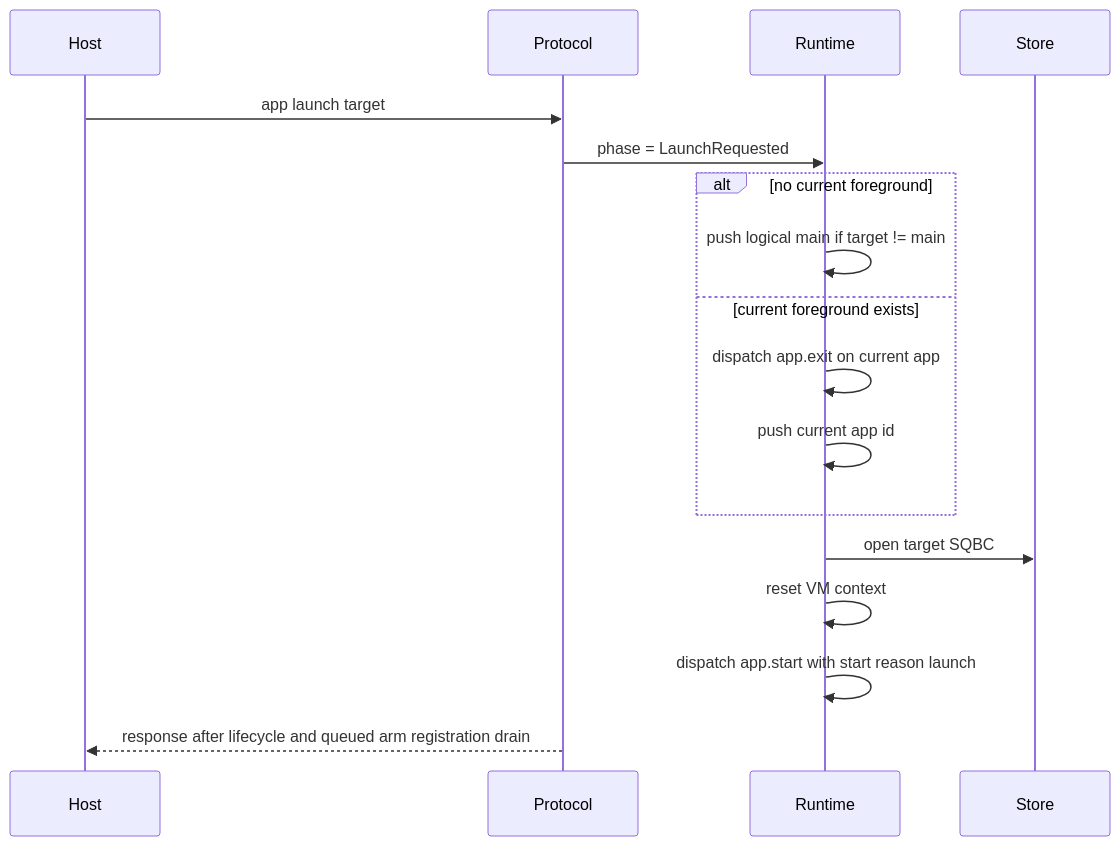
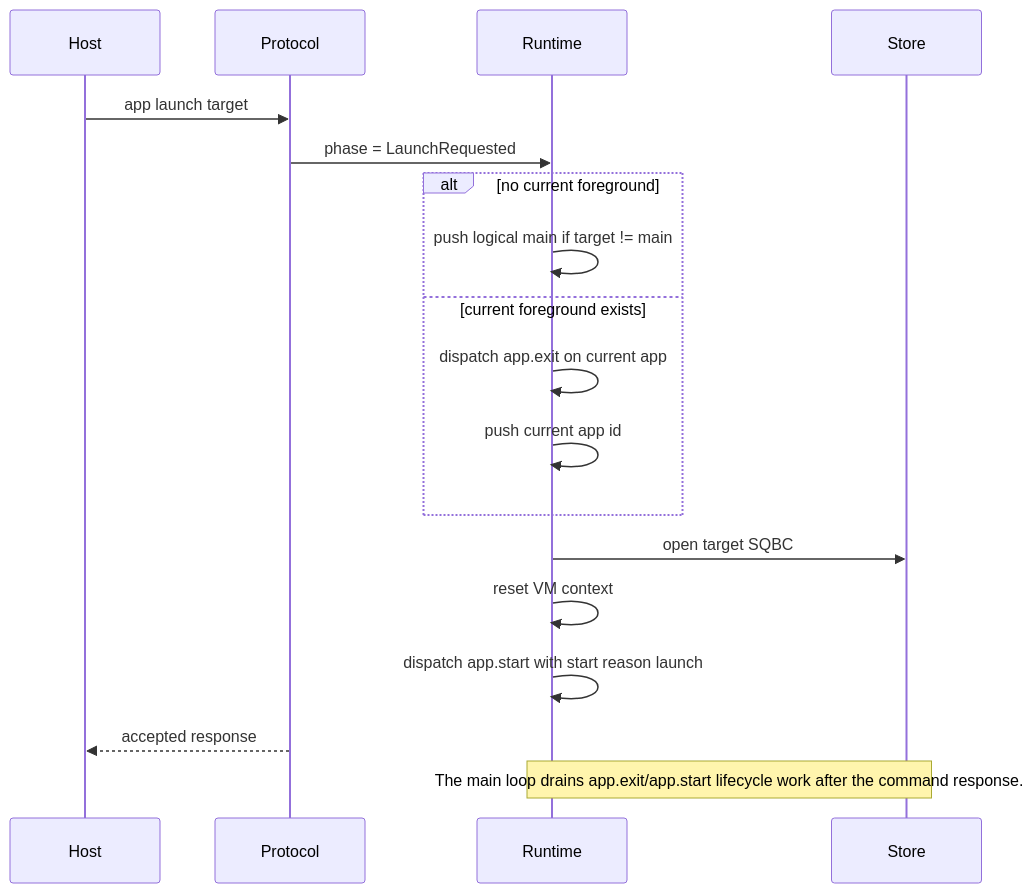
One commit to parasquid/SquidScript changed the second of 4 diagrams in docs/app_lifecycle_state_machine.md. Above: the diagram before and after it, drawn with Mermaid. The commit also changed 22 other files, not shown here.

````diff
--- a/docs/app_lifecycle_state_machine.md
+++ b/docs/app_lifecycle_state_machine.md
@@ -71,19 +71,20 @@
 ```mermaid
 sequenceDiagram
   participant Host
   participant Protocol
   participant Runtime
   participant Store
   Host->>Protocol: app launch target
   Protocol->>Runtime: phase = LaunchRequested
   alt no current foreground
     Runtime->>Runtime: push logical main if target != main
   else current foreground exists
     Runtime->>Runtime: dispatch app.exit on current app
     Runtime->>Runtime: push current app id
   end
   Runtime->>Store: open target SQBC
   Runtime->>Runtime: reset VM context
   Runtime->>Runtime: dispatch app.start with start reason launch
-  Protocol-->>Host: response after lifecycle and queued arm registration drain
+  Protocol-->>Host: accepted response
+  Note over Runtime,Store: The main loop drains app.exit/app.start lifecycle work after the command response.
 ```
````
